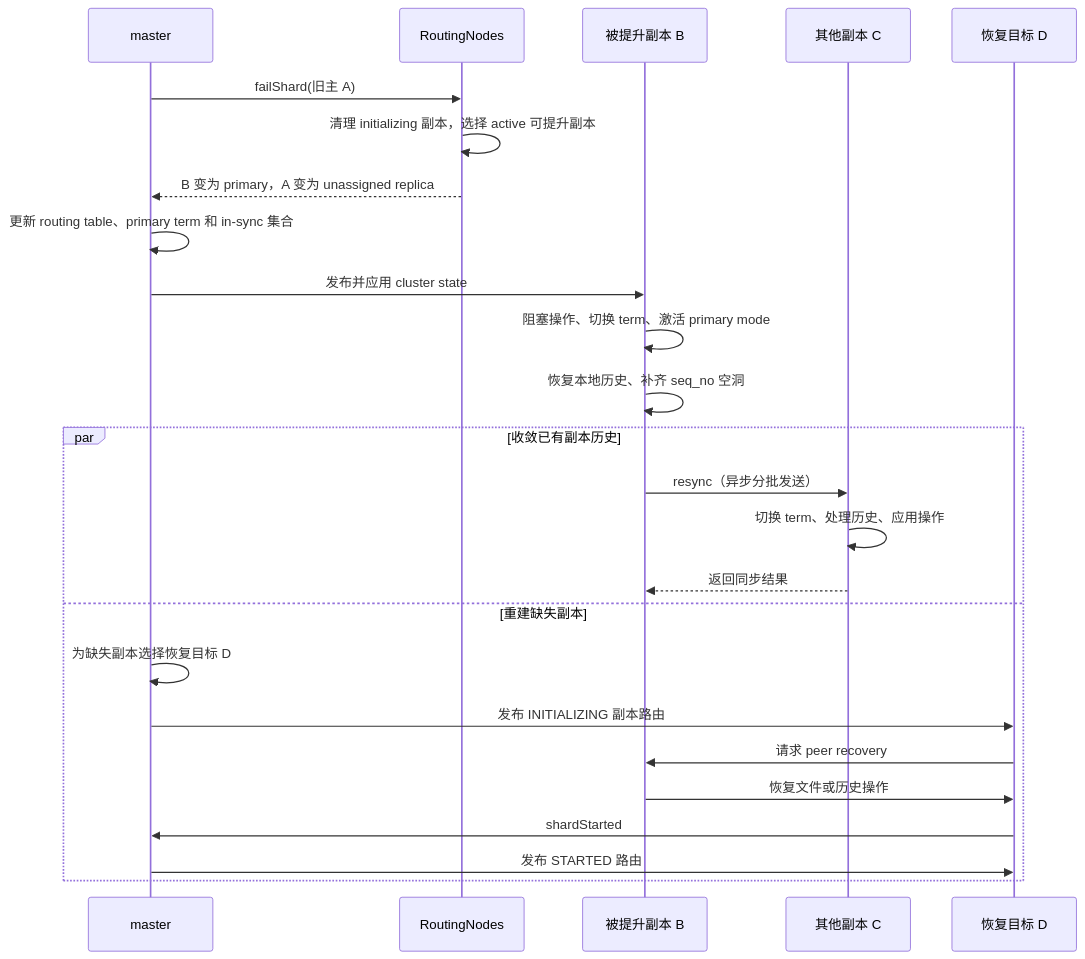
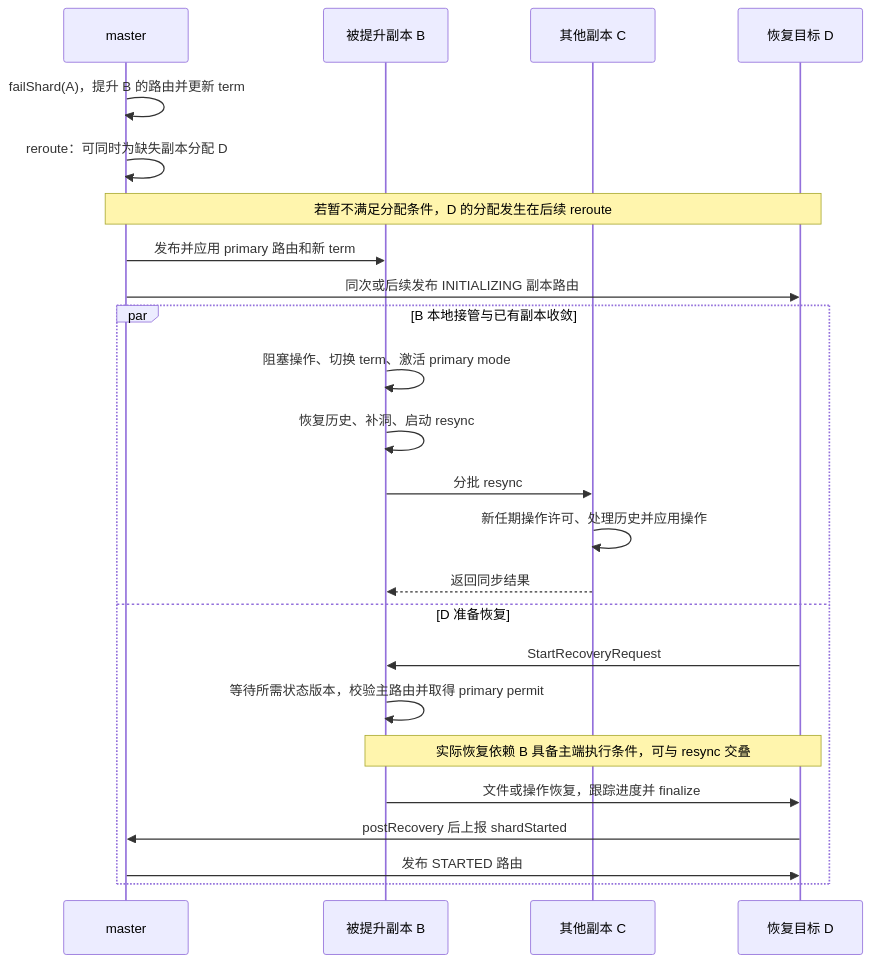
Before and after one commit to zhongyuankai/BigData: the first of 5 diagrams in ElasticSearch/replica-promotion.md, drawn with Mermaid. The commit also changed other lines of this file, not shown here.

Commit message:
docs: complete recovery call chain and clarify source context

````diff
--- a/ElasticSearch/replica-promotion.md
+++ b/ElasticSearch/replica-promotion.md
@@ -11,27 +11,26 @@
 ```mermaid
 sequenceDiagram
     participant M as master
-    participant R as RoutingNodes
     participant B as 被提升副本 B
     participant C as 其他副本 C
     participant D as 恢复目标 D
-    M->>R: failShard(旧主 A)
-    R->>R: 清理 initializing 副本，选择 active 可提升副本
-    R-->>M: B 变为 primary，A 变为 unassigned replica
-    M->>M: 更新 routing table、primary term 和 in-sync 集合
-    M->>B: 发布并应用 cluster state
-    B->>B: 阻塞操作、切换 term、激活 primary mode
-    B->>B: 恢复本地历史、补齐 seq_no 空洞
-    par 收敛已有副本历史
-        B->>C: resync（异步分批发送）
-    C->>C: 切换 term、处理历史、应用操作
-    C-->>B: 返回同步结果
-    and 重建缺失副本
-        M->>M: 为缺失副本选择恢复目标 D
-    M->>D: 发布 INITIALIZING 副本路由
-    D->>B: 请求 peer recovery
-    B->>D: 恢复文件或历史操作
-    D->>M: shardStarted
-    M->>D: 发布 STARTED 路由
+    M->>M: failShard(A)，提升 B 的路由并更新 term
+    M->>M: reroute：可同时为缺失副本分配 D
+    Note over M,D: 若暂不满足分配条件，D 的分配发生在后续 reroute
+    M->>B: 发布并应用 primary 路由和新 term
+    M->>D: 同次或后续发布 INITIALIZING 副本路由
+    par B 本地接管与已有副本收敛
+        B->>B: 阻塞操作、切换 term、激活 primary mode
+        B->>B: 恢复历史、补洞、启动 resync
+        B->>C: 分批 resync
+        C->>C: 新任期操作许可、处理历史并应用操作
+        C-->>B: 返回同步结果
+    and D 准备恢复
+        D->>B: StartRecoveryRequest
+        B->>B: 等待所需状态版本，校验主路由并取得 primary permit
+        Note over B,D: 实际恢复依赖 B 具备主端执行条件，可与 resync 交叠
+        B->>D: 文件或操作恢复，跟踪进度并 finalize
+        D->>M: postRecovery 后上报 shardStarted
+        M->>D: 发布 STARTED 路由
     end
 ```
````
